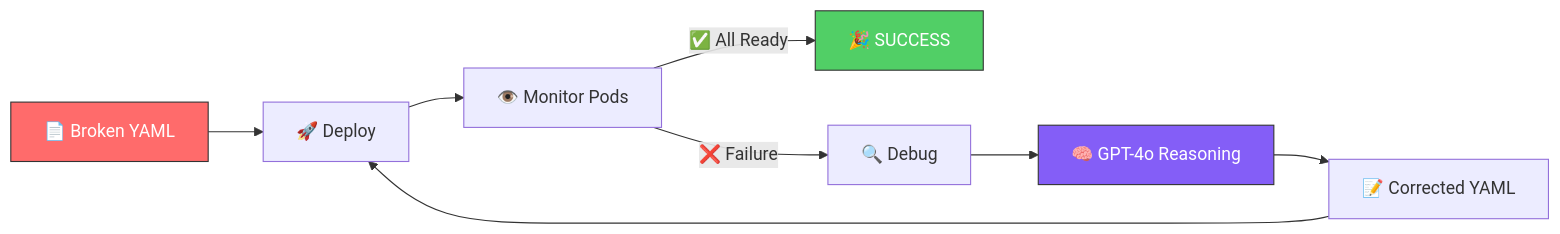
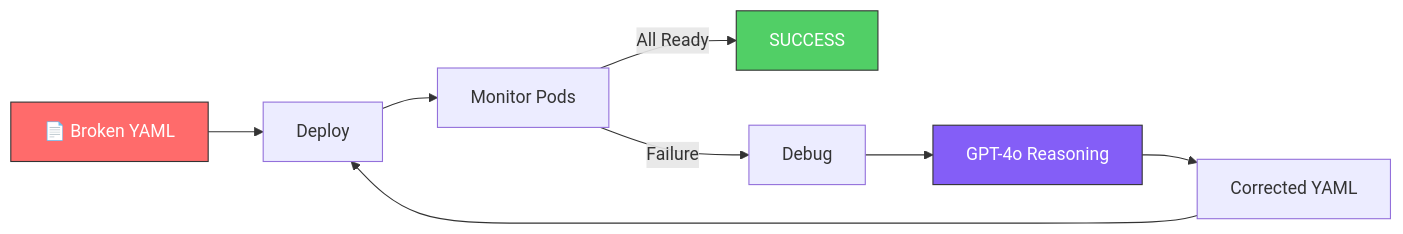
One commit to azaynul10/kube-autofix changed the first of 2 diagrams in README.md. Above: the diagram before and after it, drawn with Mermaid. The commit also changed other lines of this file, not shown here.

````diff
--- a/README.md
+++ b/README.md
@@ -42,14 +42,14 @@
 ```mermaid
 graph LR
-    A["📄 Broken YAML"] --> B["🚀 Deploy"]
-    B --> C["👁️ Monitor Pods"]
-    C -->|"✅ All Ready"| D["🎉 SUCCESS"]
-    C -->|"❌ Failure"| E["🔍 Debug"]
-    E --> F["🧠 GPT-4o Reasoning"]
-    F --> G["📝 Corrected YAML"]
+    A["📄 Broken YAML"] --> B[" Deploy"]
+    B --> C[" Monitor Pods"]
+    C -->|" All Ready"| D[" SUCCESS"]
+    C -->|" Failure"| E[" Debug"]
+    E --> F[" GPT-4o Reasoning"]
+    F --> G[" Corrected YAML"]
     G --> B
     
     style A fill:#ff6b6b,stroke:#333,color:#fff
     style D fill:#51cf66,stroke:#333,color:#fff
     style F fill:#845ef7,stroke:#333,color:#fff
 ```
````
